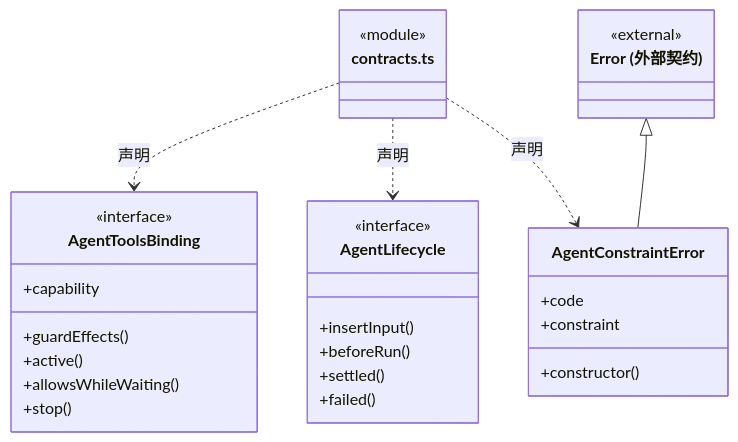
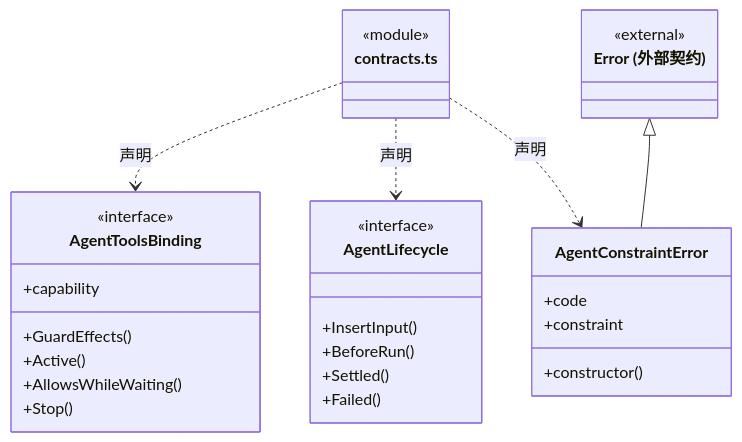
The fourth of 7 diagrams in src/logic/agents/ARCHITECTURE.md (nan023062/cbim), drawn with Mermaid before and after one commit. The commit also changed other lines of this file and 1035 other files, not shown here.

````diff
--- a/src/logic/agents/ARCHITECTURE.md
+++ b/src/logic/agents/ARCHITECTURE.md
@@ -105,33 +105,33 @@
 ```mermaid
 classDiagram
 class N_src_logic_agents_contracts_ts["contracts.ts"] {
   <<module>>
 }
 class N_src_logic_agents_contracts_ts_AgentToolsBinding["AgentToolsBinding"] {
   <<interface>>
-  +guardEffects()
+  +GuardEffects()
   +capability
-  +active()
-  +allowsWhileWaiting()
-  +stop()
+  +Active()
+  +AllowsWhileWaiting()
+  +Stop()
 }
 N_src_logic_agents_contracts_ts ..> N_src_logic_agents_contracts_ts_AgentToolsBinding : 声明
 class N_src_logic_agents_contracts_ts_AgentLifecycle["AgentLifecycle"] {
   <<interface>>
-  +insertInput()
-  +beforeRun()
-  +settled()
-  +failed()
+  +InsertInput()
+  +BeforeRun()
+  +Settled()
+  +Failed()
 }
 N_src_logic_agents_contracts_ts ..> N_src_logic_agents_contracts_ts_AgentLifecycle : 声明
 class N_src_logic_agents_contracts_ts_AgentConstraintError["AgentConstraintError"] {
   +code
   +constraint
   +constructor()
 }
 N_src_logic_agents_contracts_ts ..> N_src_logic_agents_contracts_ts_AgentConstraintError : 声明
 class N_src_logic_agents_contracts_ts_external_Error["Error (外部契约)"] {
   <<external>>
 }
 N_src_logic_agents_contracts_ts_external_Error <|-- N_src_logic_agents_contracts_ts_AgentConstraintError
 ```
````
